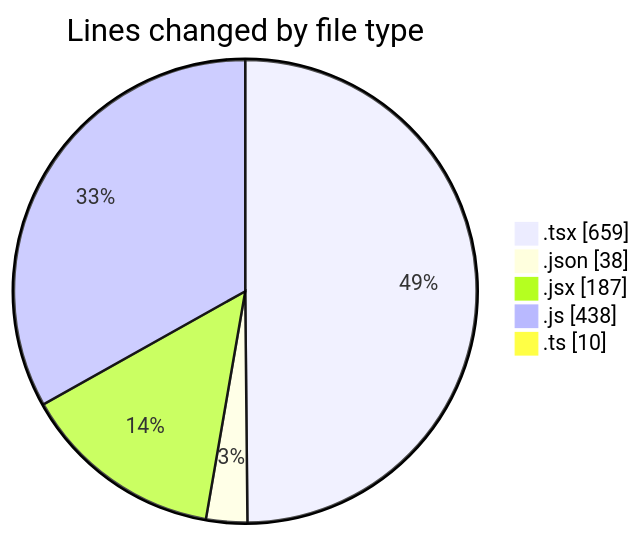
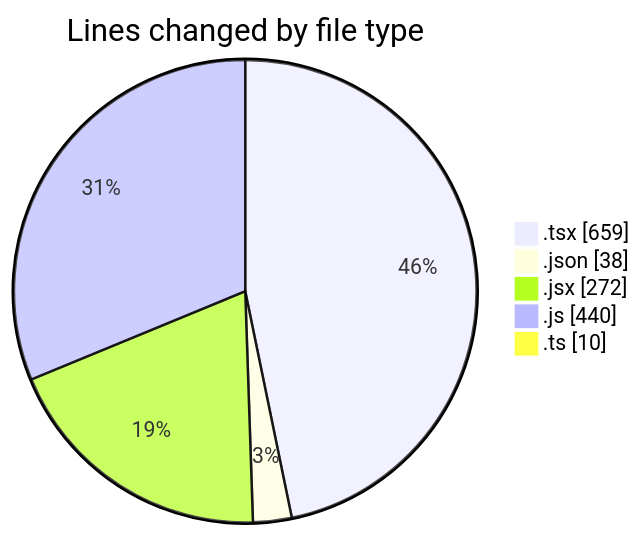
Before and after one commit to Elitesun/code-tracking: the first of 2 diagrams in 2025-05-27/ecom_store/README.md, drawn with Mermaid. The commit also changed other lines of this file and 1 other file, not shown here.

````diff
--- a/2025-05-27/ecom_store/README.md
+++ b/2025-05-27/ecom_store/README.md
@@ -32,9 +33,9 @@
 ```mermaid
 pie showData
 title Lines changed by file type
 ".tsx" : 659
 ".json" : 38
-".jsx" : 187
-".js" : 438
+".jsx" : 272
+".js" : 440
 ".ts" : 10
 ```
````
